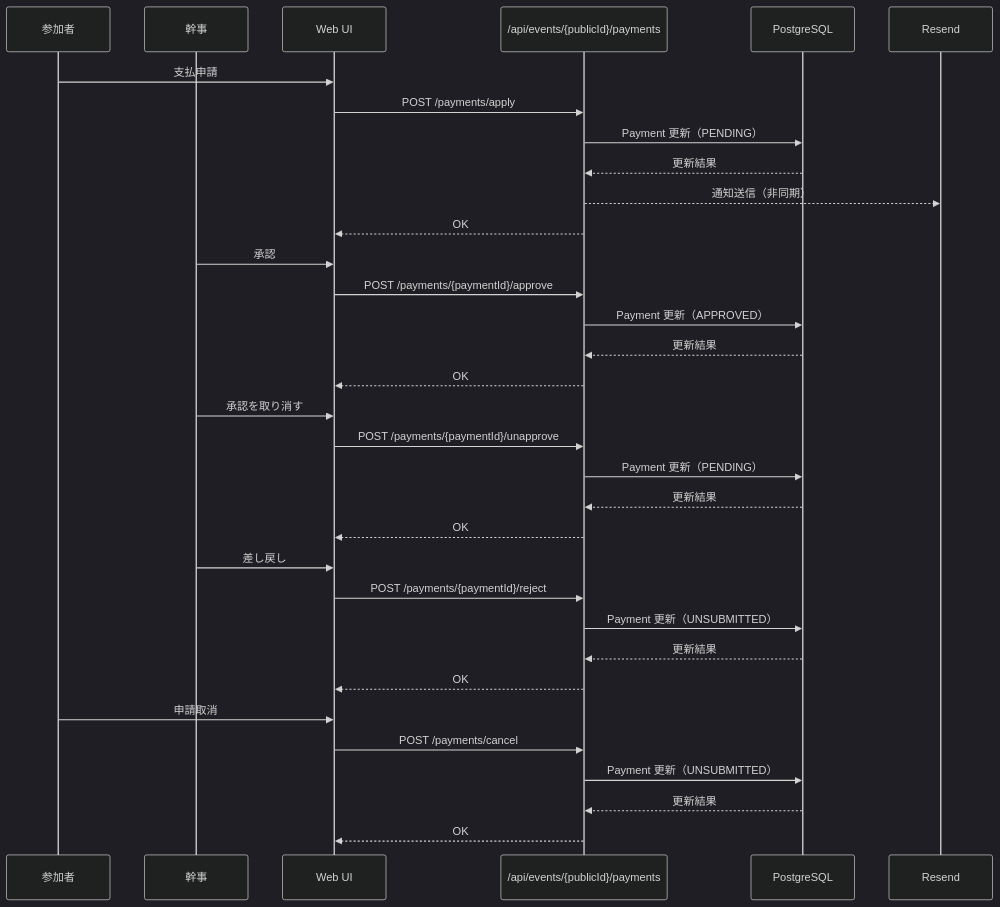
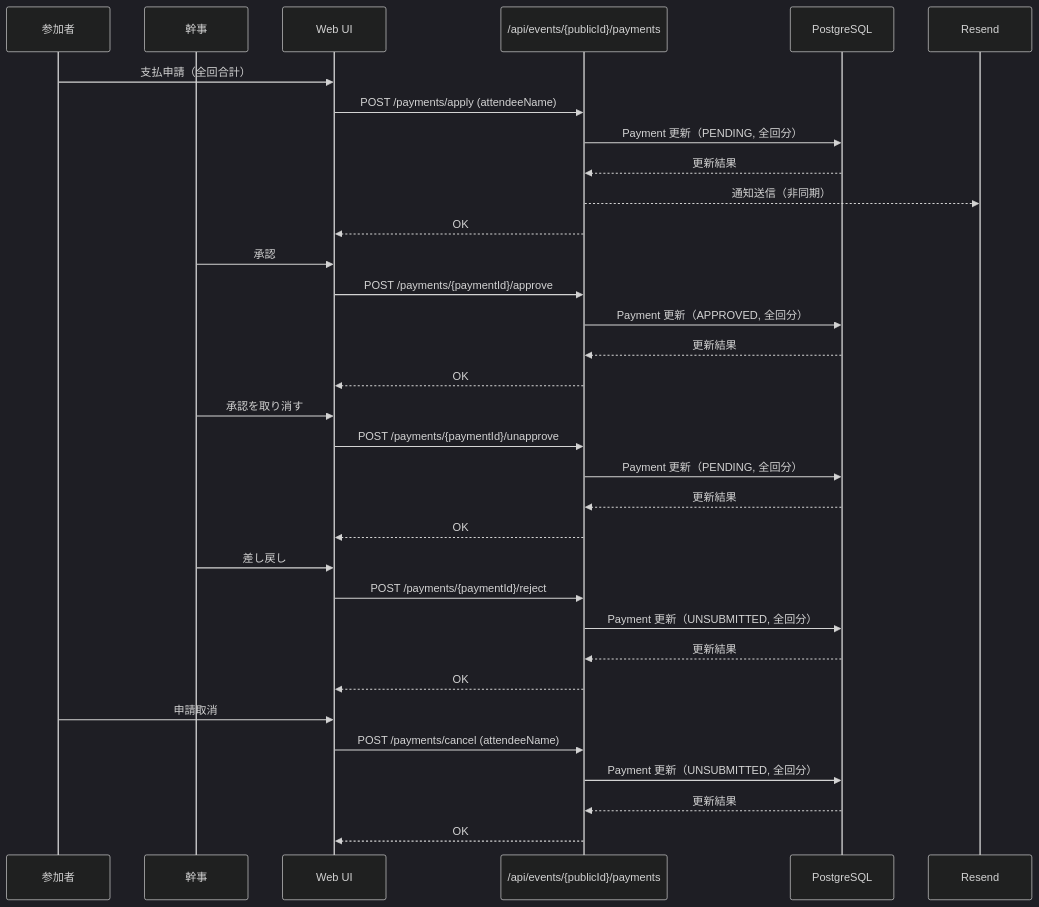
One commit to tojiinoue/kanjikun changed the diagram in docs/diagrams/flow-payment.md. Above: the diagram before and after it, drawn with Mermaid (dark theme). The commit also changed 27 other files, not shown here.

````diff
--- a/docs/diagrams/flow-payment.md
+++ b/docs/diagrams/flow-payment.md
@@ -3,40 +3,40 @@
 ```mermaid
 sequenceDiagram
   participant P as 参加者
   participant A as 幹事
   participant UI as Web UI
   participant API as /api/events/{publicId}/payments
   participant DB as PostgreSQL
   participant Mail as Resend
 
-  P->>UI: 支払申請
-  UI->>API: POST /payments/apply
-  API->>DB: Payment 更新（PENDING）
+  P->>UI: 支払申請（全回合計）
+  UI->>API: POST /payments/apply (attendeeName)
+  API->>DB: Payment 更新（PENDING, 全回分）
   DB-->>API: 更新結果
   API-->>Mail: 通知送信（非同期）
   API-->>UI: OK
 
   A->>UI: 承認
   UI->>API: POST /payments/{paymentId}/approve
-  API->>DB: Payment 更新（APPROVED）
+  API->>DB: Payment 更新（APPROVED, 全回分）
   DB-->>API: 更新結果
   API-->>UI: OK
 
   A->>UI: 承認を取り消す
   UI->>API: POST /payments/{paymentId}/unapprove
-  API->>DB: Payment 更新（PENDING）
+  API->>DB: Payment 更新（PENDING, 全回分）
   DB-->>API: 更新結果
   API-->>UI: OK
 
   A->>UI: 差し戻し
   UI->>API: POST /payments/{paymentId}/reject
-  API->>DB: Payment 更新（UNSUBMITTED）
+  API->>DB: Payment 更新（UNSUBMITTED, 全回分）
   DB-->>API: 更新結果
   API-->>UI: OK
 
   P->>UI: 申請取消
-  UI->>API: POST /payments/cancel
-  API->>DB: Payment 更新（UNSUBMITTED）
+  UI->>API: POST /payments/cancel (attendeeName)
+  API->>DB: Payment 更新（UNSUBMITTED, 全回分）
   DB-->>API: 更新結果
   API-->>UI: OK
 ```
````
